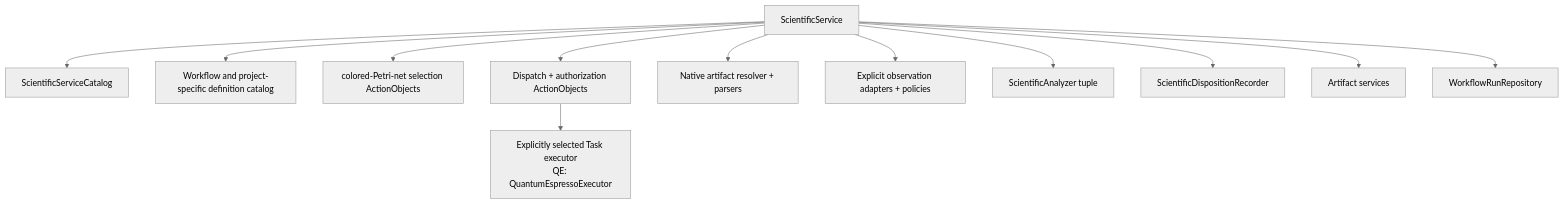
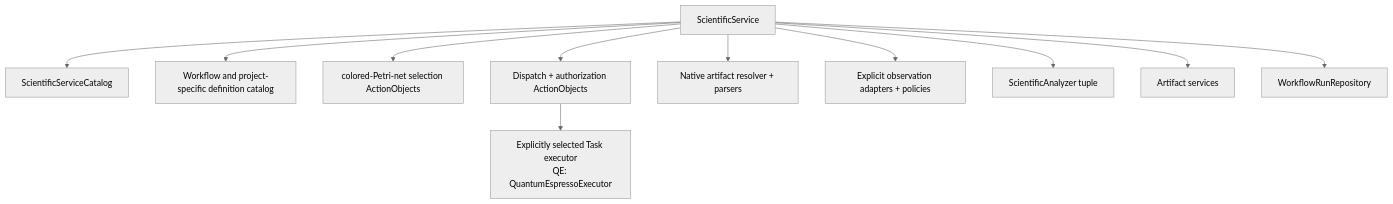
One commit to eragasa/ksdft2effmass changed the diagram in docs/architecture/v2/ksdft2effmass/workflows/service-model.md. Above: the diagram before and after it, drawn with Mermaid (neutral theme). The commit also changed other lines of this file and 54 other files, not shown here.

Commit message:
docs: close architecture v2 planning issues

````diff
--- a/docs/architecture/v2/ksdft2effmass/workflows/service-model.md
+++ b/docs/architecture/v2/ksdft2effmass/workflows/service-model.md
@@ -20,14 +20,13 @@
 ```mermaid
 flowchart TB
     service["ScientificService"] --> catalog["ScientificServiceCatalog"]
     service --> definitions["Workflow and project-specific definition catalog"]
     service --> selection["colored-Petri-net selection ActionObjects"]
     service --> dispatch["Dispatch + authorization ActionObjects"]
     dispatch --> executors["Explicitly selected Task executor<br/>QE: QuantumEspressoExecutor"]
     service --> parsing["Native artifact resolver + parsers"]
     service --> normalization["Explicit observation adapters + policies"]
     service --> analyzers["ScientificAnalyzer tuple"]
-    service --> dispositions["ScientificDispositionRecorder"]
     service --> artifacts["Artifact services"]
     service --> repository["WorkflowRunRepository"]
 ```
````
